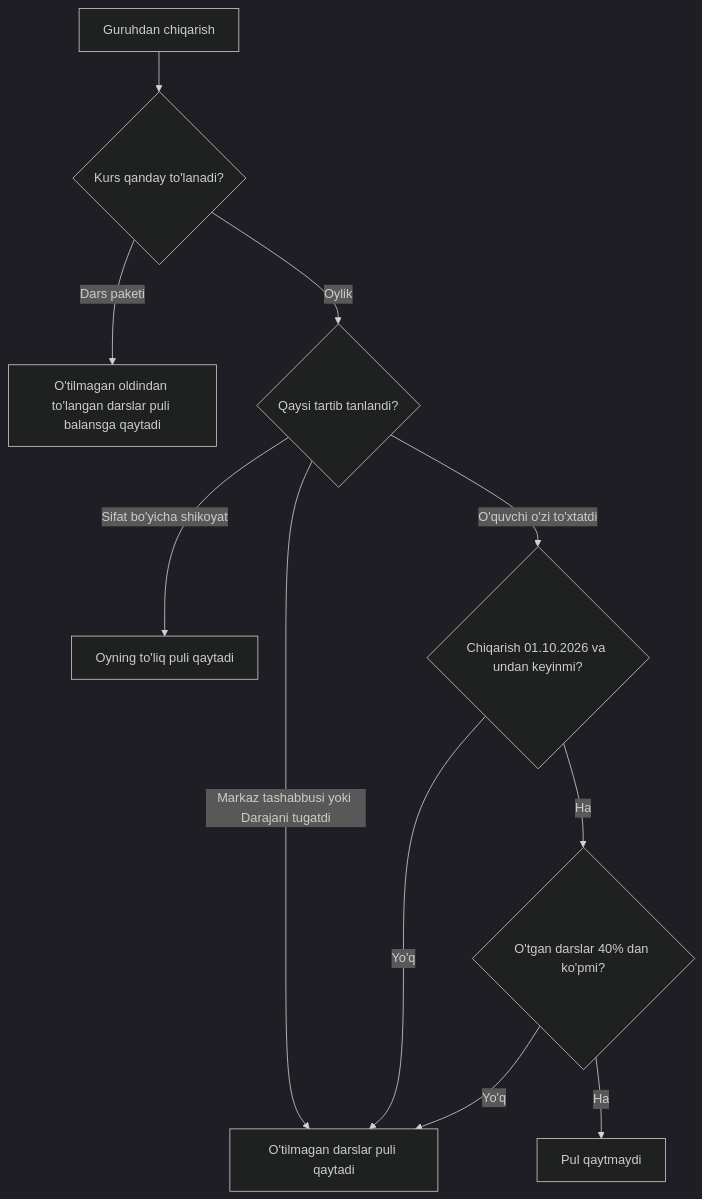
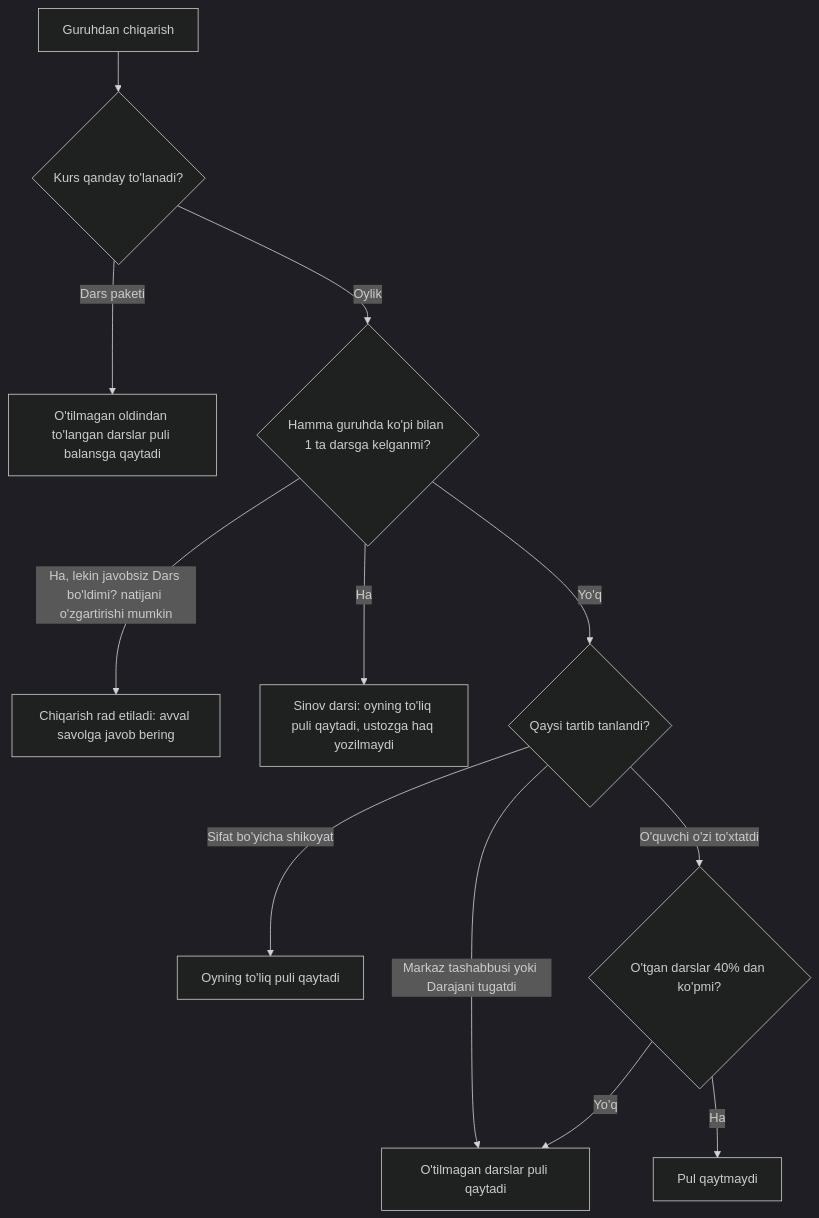
The diagram in client/src/qollanma/kontent/oquvchilar/guruhdan-chiqarish.mdx (AkhrorSoliev/daf-erp-system), drawn with Mermaid (dark theme) before and after one commit. The commit also changed other lines of this file and 8 other files, not shown here.

````diff
--- a/client/src/qollanma/kontent/oquvchilar/guruhdan-chiqarish.mdx
+++ b/client/src/qollanma/kontent/oquvchilar/guruhdan-chiqarish.mdx
@@ -43,13 +58,14 @@
 ```mermaid
 flowchart TD
   A["Guruhdan chiqarish"] --> B{"Kurs qanday to'lanadi?"}
   B -- "Dars paketi" --> C["O'tilmagan oldindan to'langan darslar puli balansga qaytadi"]
-  B -- "Oylik" --> D{"Qaysi tartib tanlandi?"}
+  B -- "Oylik" --> S{"Hamma guruhda ko'pi bilan 1 ta darsga kelganmi?"}
+  S -- "Ha, lekin javobsiz Dars bo'ldimi? natijani o'zgartirishi mumkin" --> W["Chiqarish rad etiladi: avval savolga javob bering"]
+  S -- "Ha" --> T["Sinov darsi: oyning to'liq puli qaytadi, ustozga haq yozilmaydi"]
+  S -- "Yo'q" --> D{"Qaysi tartib tanlandi?"}
   D -- "Sifat bo'yicha shikoyat" --> E["Oyning to'liq puli qaytadi"]
   D -- "Markaz tashabbusi yoki Darajani tugatdi" --> F["O'tilmagan darslar puli qaytadi"]
-  D -- "O'quvchi o'zi to'xtatdi" --> G{"Chiqarish 01.10.2026 va undan keyinmi?"}
-  G -- "Yo'q" --> F
-  G -- "Ha" --> H{"O'tgan darslar 40% dan ko'pmi?"}
+  D -- "O'quvchi o'zi to'xtatdi" --> H{"O'tgan darslar 40% dan ko'pmi?"}
   H -- "Ha" --> I["Pul qaytmaydi"]
   H -- "Yo'q" --> F
 ```
````
